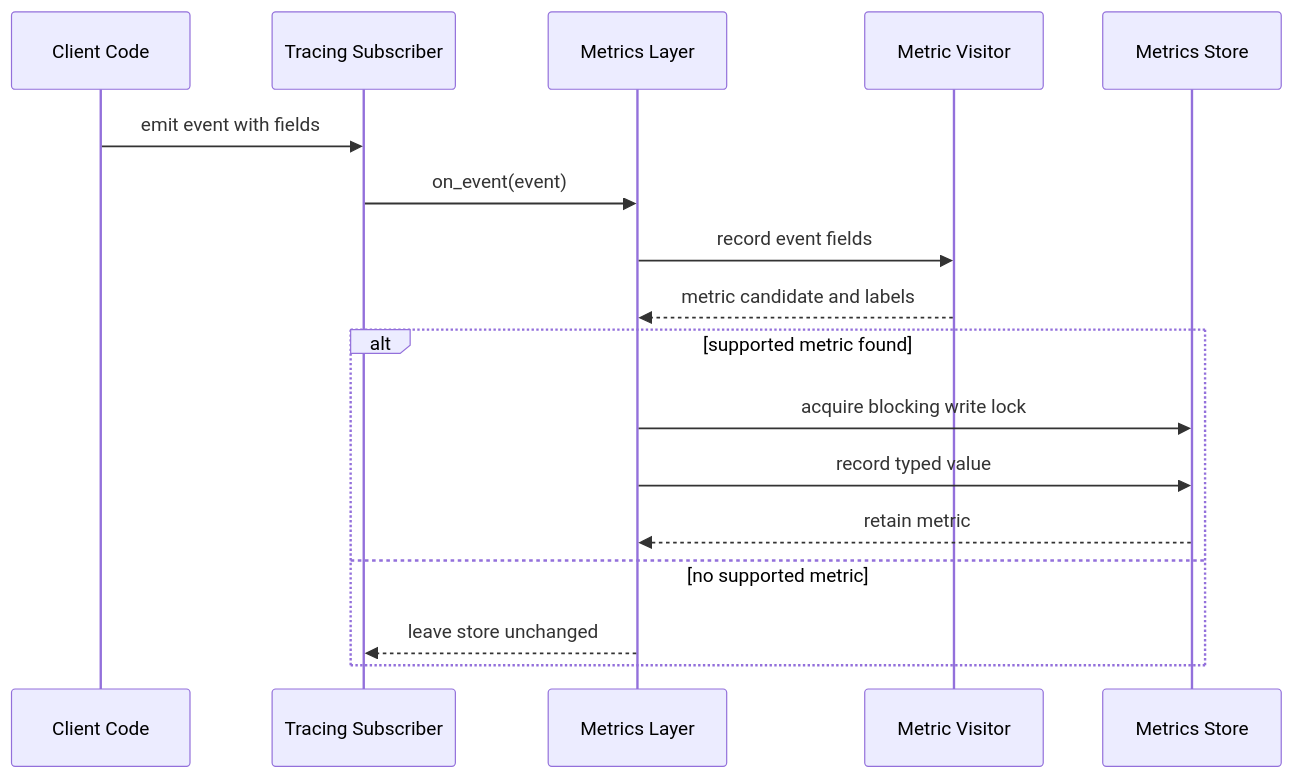
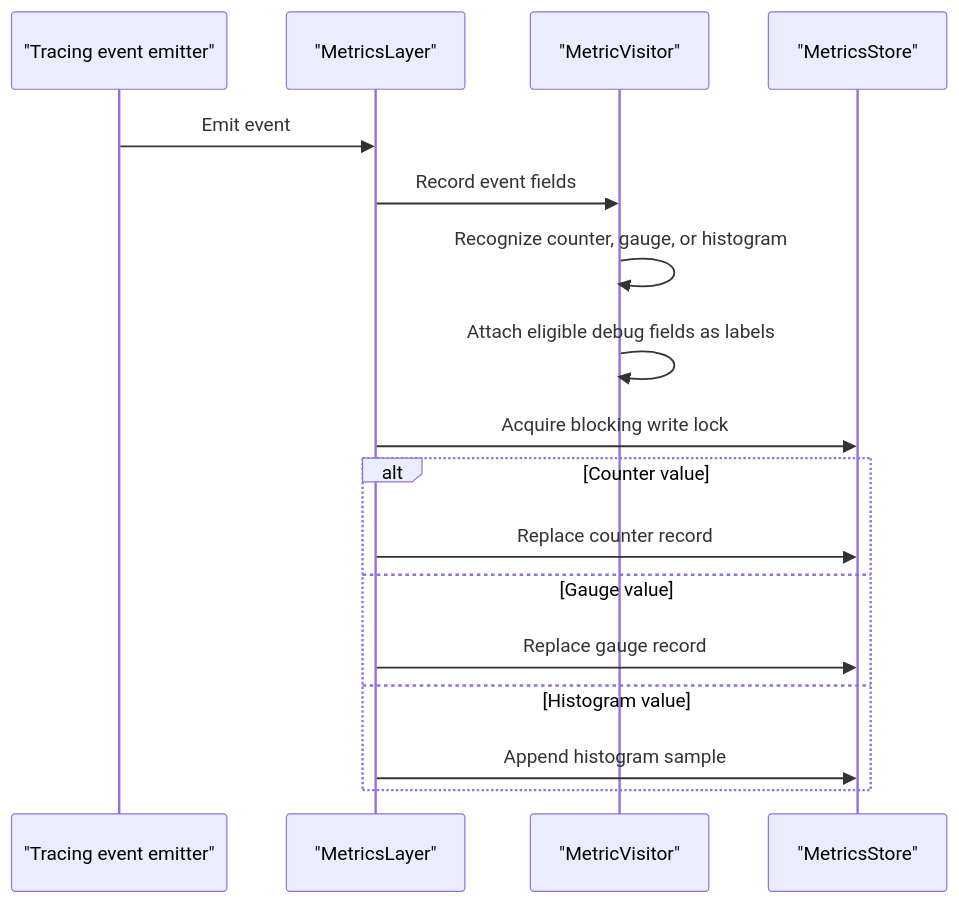
One commit to flamingo-stack/openframe-oss-tenant changed the third of 4 diagrams in docs/reference/architecture/openframe-client-core/logging-metrics/logging-metrics.md. Above: the diagram before and after it, drawn with Mermaid. The commit also changed other lines of this file and 2377 other files, not shown here.

````diff
--- a/docs/reference/architecture/openframe-client-core/logging-metrics/logging-metrics.md
+++ b/docs/reference/architecture/openframe-client-core/logging-metrics/logging-metrics.md
@@ -78,19 +101,19 @@
 ```mermaid
 sequenceDiagram
-    participant Producer as Client Code
-    participant Subscriber as Tracing Subscriber
-    participant Layer as Metrics Layer
-    participant Visitor as Metric Visitor
-    participant Store as Metrics Store
-    Producer->>Subscriber: emit event with fields
-    Subscriber->>Layer: on_event(event)
-    Layer->>Visitor: record event fields
-    Visitor-->>Layer: metric candidate and labels
-    alt supported metric found
-        Layer->>Store: acquire blocking write lock
-        Layer->>Store: record typed value
-        Store-->>Layer: retain metric
-    else no supported metric
-        Layer-->>Subscriber: leave store unchanged
+    participant Emitter as "Tracing event emitter"
+    participant Layer as "MetricsLayer"
+    participant Visitor as "MetricVisitor"
+    participant Store as "MetricsStore"
+    Emitter->>Layer: Emit event
+    Layer->>Visitor: Record event fields
+    Visitor->>Visitor: Recognize counter, gauge, or histogram
+    Visitor->>Visitor: Attach eligible debug fields as labels
+    Layer->>Store: Acquire blocking write lock
+    alt Counter value
+        Layer->>Store: Replace counter record
+    else Gauge value
+        Layer->>Store: Replace gauge record
+    else Histogram value
+        Layer->>Store: Append histogram sample
     end
 ```
````
